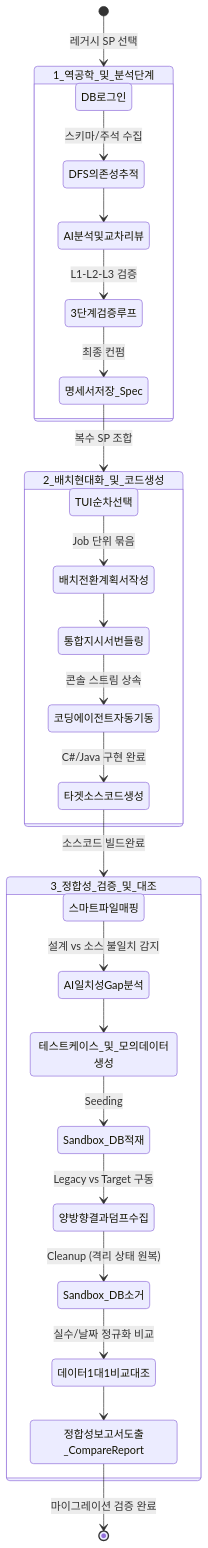
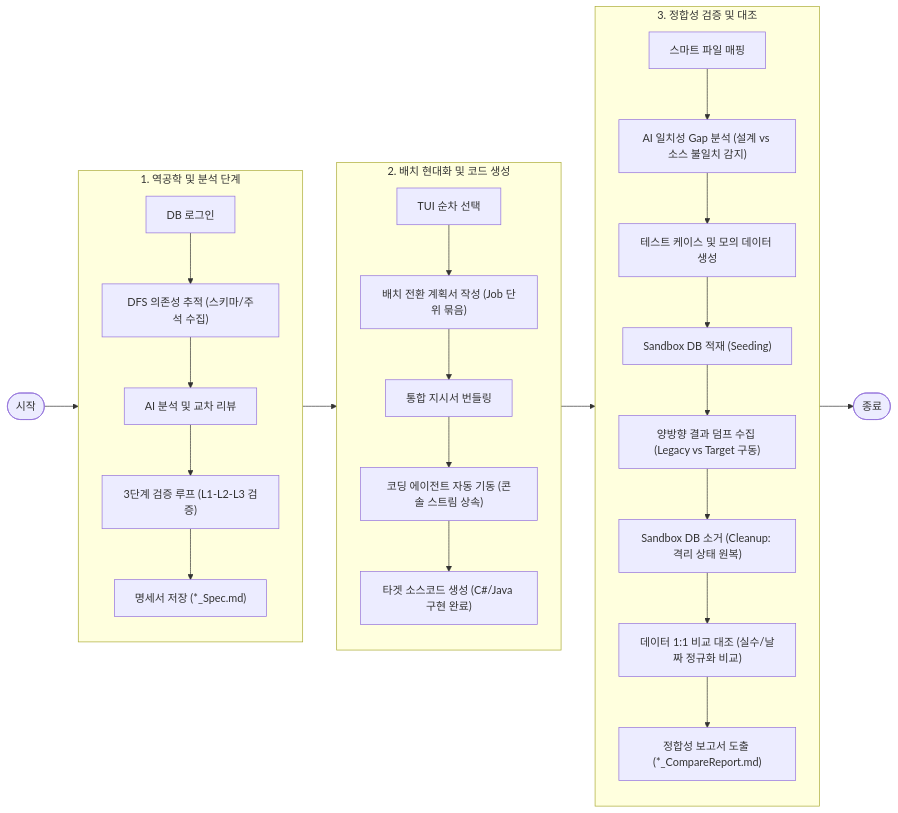
The diagram in docs/roadmap.md (moondae815/sp-reverse-engineering), drawn with Mermaid before and after one commit.

Commit message:
docs: 로드맵 문서의 실행 흐름 다이어그램을 업데이트

````diff
--- a/docs/roadmap.md
+++ b/docs/roadmap.md
@@ -11,31 +11,33 @@
 ```mermaid
-stateDiagram-v2
-    [*] --> 1_역공학_및_분석단계 : 레거시 SP 선택
-    state 1_역공학_및_분석단계 {
-        DB로그인 --> DFS의존성추적 : 스키마/주석 수집
-        DFS의존성추적 --> AI분석및교차리뷰
-        AI분석및교차리뷰 --> 3단계검증루프 : L1-L2-L3 검증
-        3단계검증루프 --> 명세서저장_Spec : 최종 컨펌
-    }
+flowchart LR
+    %% 각 Stage 내부는 세로, Stage 전체는 가로 배치
+    subgraph Stage1 ["1. 역공학 및 분석 단계"]
+        direction TB
+        DB로그인["DB 로그인"] --> DFS의존성추적["DFS 의존성 추적 (스키마/주석 수집)"]
+        DFS의존성추적 --> AI분석및교차리뷰["AI 분석 및 교차 리뷰"]
+        AI분석및교차리뷰 --> 3단계검증루프["3단계 검증 루프 (L1-L2-L3 검증)"]
+        3단계검증루프 --> 명세서저장_Spec["명세서 저장 (*_Spec.md)"]
+    end
     
-    명세서저장_Spec --> 2_배치현대화_및_코드생성 : 복수 SP 조합
-    state 2_배치현대화_및_코드생성 {
-        TUI순차선택 --> 배치전환계획서작성 : Job 단위 묶음
-        배치전환계획서작성 --> 통합지시서번들링
-        통합지시서번들링 --> 코딩에이전트자동기동 : 콘솔 스트림 상속
-        코딩에이전트자동기동 --> 타겟소스코드생성 : C#/Java 구현 완료
-    }
+    subgraph Stage2 ["2. 배치 현대화 및 코드 생성"]
+        direction TB
+        TUI순차선택["TUI 순차 선택"] --> 배치전환계획서작성["배치 전환 계획서 작성 (Job 단위 묶음)"]
+        배치전환계획서작성 --> 통합지시서번들링["통합 지시서 번들링"]
+        통합지시서번들링 --> 코딩에이전트자동기동["코딩 에이전트 자동 기동 (콘솔 스트림 상속)"]
+        코딩에이전트자동기동 --> 타겟소스코드생성["타겟 소스코드 생성 (C#/Java 구현 완료)"]
+    end
     
-    타겟소스코드생성 --> 3_정합성_검증_및_대조 : 소스코드 빌드완료
-    state 3_정합성_검증_및_대조 {
-        스마트파일매핑 --> AI일치성Gap분석 : 설계 vs 소스 불일치 감지
-        AI일치성Gap분석 --> 테스트케이스_및_모의데이터생성
-        테스트케이스_및_모의데이터생성 --> Sandbox_DB적재 : Seeding
-        Sandbox_DB적재 --> 양방향결과덤프수집 : Legacy vs Target 구동
-        양방향결과덤프수집 --> Sandbox_DB소거 : Cleanup (격리 상태 원복)
-        Sandbox_DB소거 --> 데이터1대1비교대조 : 실수/날짜 정규화 비교
-        데이터1대1비교대조 --> 정합성보고서도출_CompareReport
-    }
+    subgraph Stage3 ["3. 정합성 검증 및 대조"]
+        direction TB
+        스마트파일매핑["스마트 파일 매핑"] --> AI일치성Gap분석["AI 일치성 Gap 분석 (설계 vs 소스 불일치 감지)"]
+        AI일치성Gap분석 --> 테스트케이스_및_모의데이터생성["테스트 케이스 및 모의 데이터 생성"]
+        테스트케이스_및_모의데이터생성 --> Sandbox_DB적재["Sandbox DB 적재 (Seeding)"]
+        Sandbox_DB적재 --> 양방향결과덤프수집["양방향 결과 덤프 수집 (Legacy vs Target 구동)"]
+        양방향결과덤프수집 --> Sandbox_DB소거["Sandbox DB 소거 (Cleanup: 격리 상태 원복)"]
+        Sandbox_DB소거 --> 데이터1대1비교대조["데이터 1:1 비교 대조 (실수/날짜 정규화 비교)"]
+        데이터1대1비교대조 --> 정합성보고서도출_CompareReport["정합성 보고서 도출 (*_CompareReport.md)"]
+    end
 
-    정합성보고서도출_CompareReport --> [*] : 마이그레이션 검증 완료
+    %% 메인 흐름: Stage들을 가로로 연결
+    Start([시작]) --> Stage1 --> Stage2 --> Stage3 --> End([종료])
 ```
````
